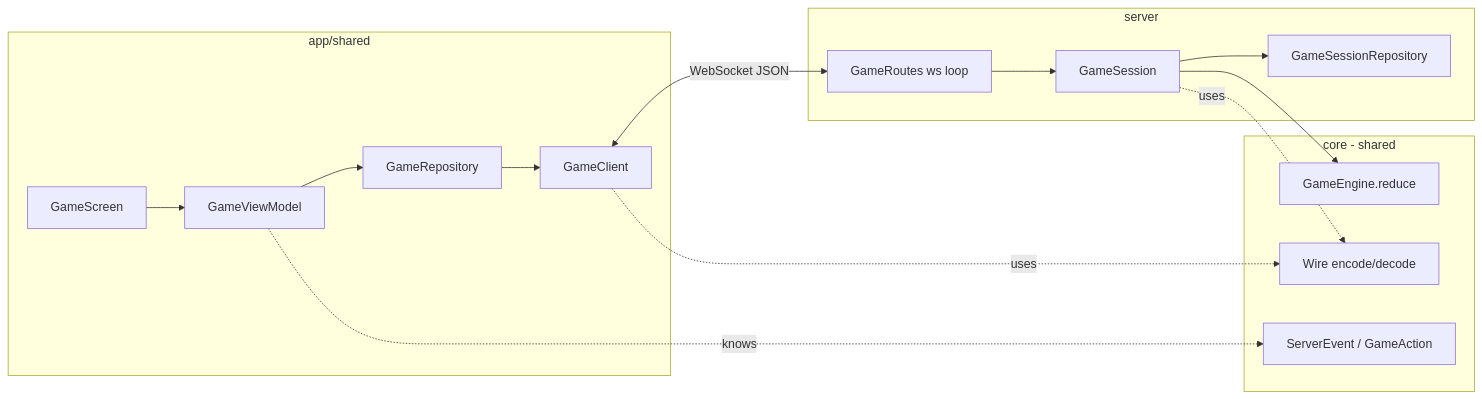
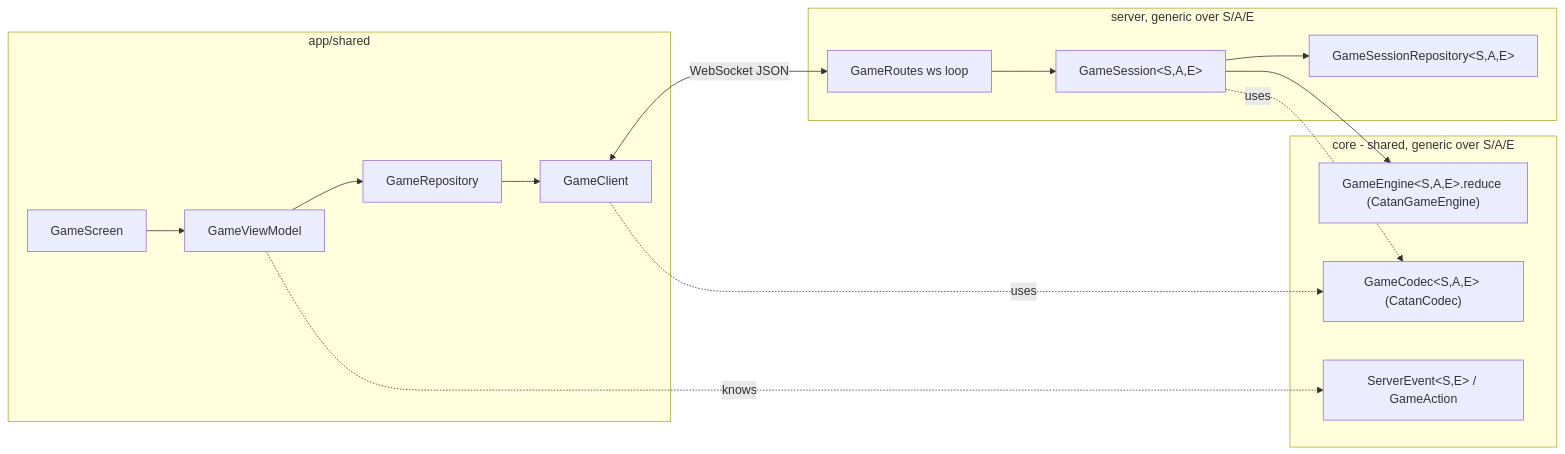
Before and after one commit to Erkko68/HexonKMP: the first of 6 diagrams in docs/architecture.md, drawn with Mermaid. The commit also changed other lines of this file and 21 other files, not shown here.

````diff
--- a/docs/architecture.md
+++ b/docs/architecture.md
@@ -46,28 +78,28 @@
 ```mermaid
 flowchart LR
     subgraph Client [app/shared]
         UI[GameScreen] --> VM[GameViewModel]
         VM --> Repo[GameRepository]
         Repo --> GC[GameClient]
     end
 
-    subgraph Core [core - shared]
-        Engine[GameEngine.reduce]
-        Wire[Wire encode/decode]
-        Protocol[ServerEvent / GameAction]
+    subgraph Core [core - shared, generic over S/A/E]
+        Engine["GameEngine&lt;S,A,E&gt;.reduce (CatanGameEngine)"]
+        Codec["GameCodec&lt;S,A,E&gt; (CatanCodec)"]
+        Protocol["ServerEvent&lt;S,E&gt; / GameAction"]
     end
 
-    subgraph Server [server]
+    subgraph Server [server, generic over S/A/E]
         Routes[GameRoutes ws loop]
-        Session[GameSession]
-        SessRepo[GameSessionRepository]
+        Session["GameSession&lt;S,A,E&gt;"]
+        SessRepo["GameSessionRepository&lt;S,A,E&gt;"]
     end
 
     GC <-->|WebSocket JSON| Routes
     Routes --> Session
     Session --> Engine
     Session --> SessRepo
-    GC -.uses.-> Wire
-    Session -.uses.-> Wire
+    GC -.uses.-> Codec
+    Session -.uses.-> Codec
     VM -.knows.-> Protocol
 ```
````
